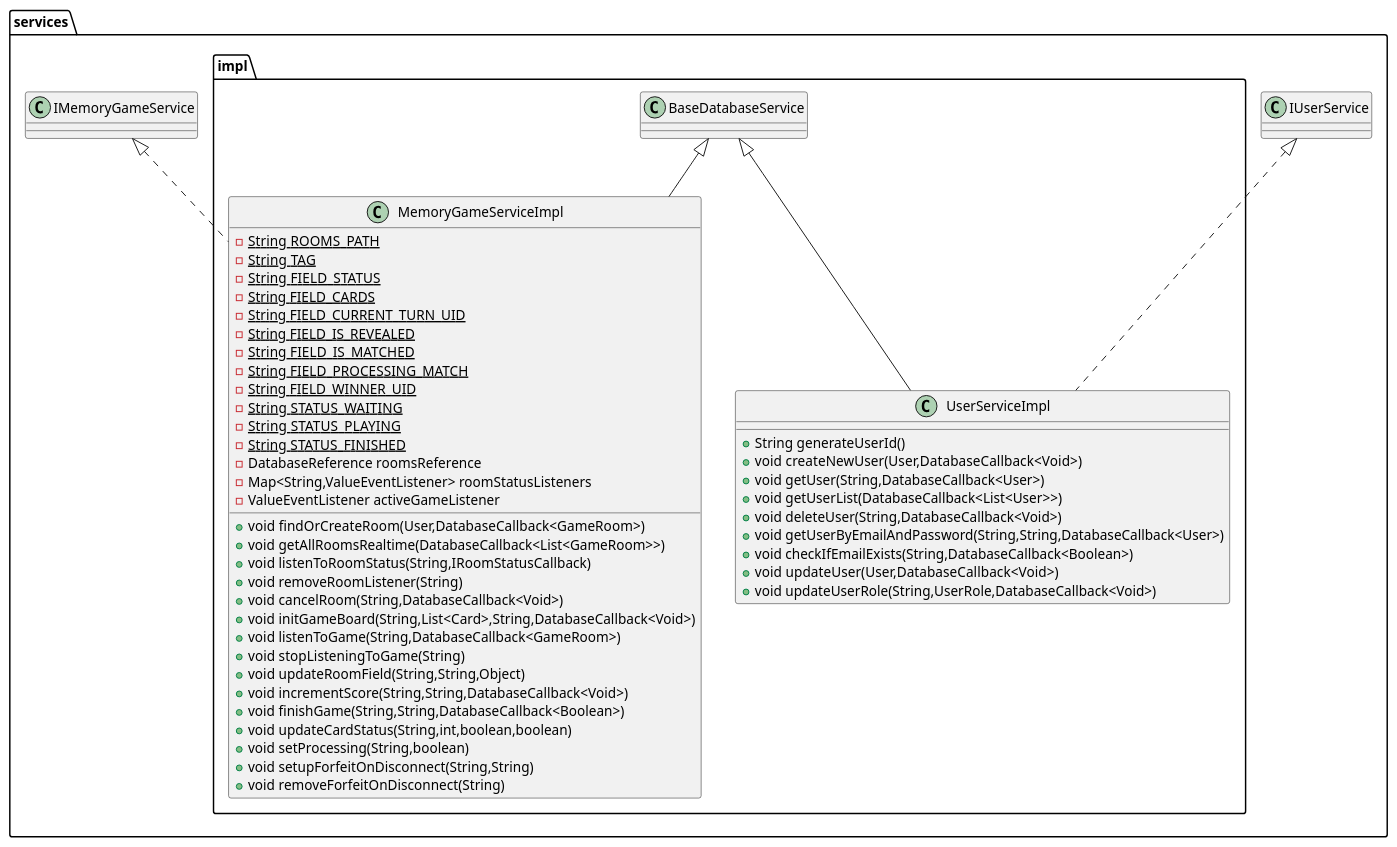
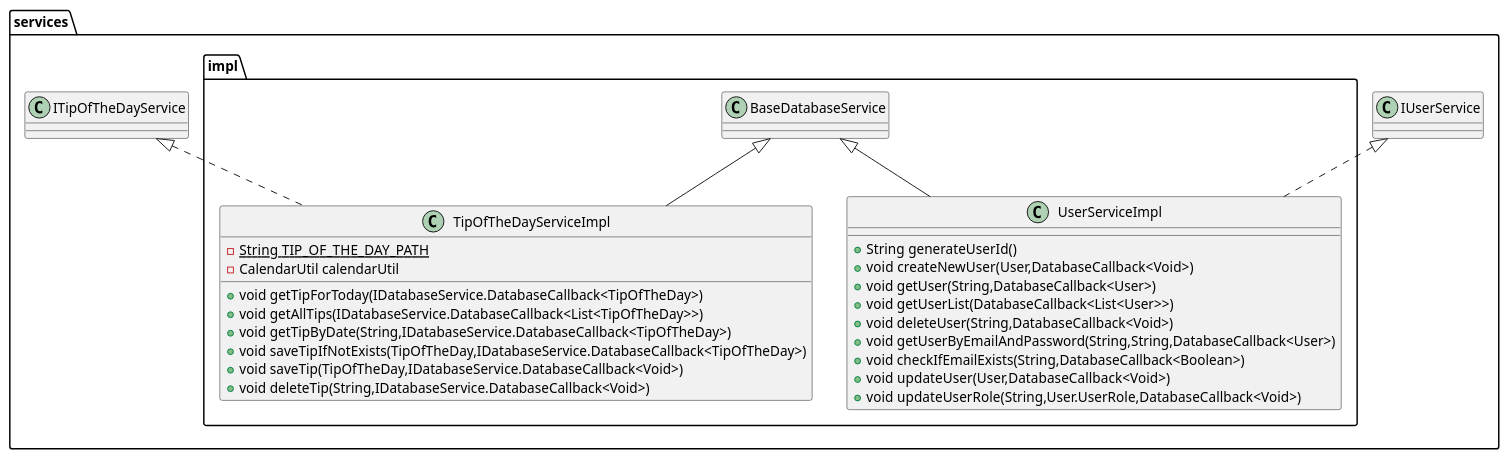
One commit to sagiv23/ShvilHazhav changed the diagram in umls/impl6.puml. Above: the diagram before and after it, drawn with PlantUML. The commit also changed 11 other files, not shown here.

```diff
--- a/umls/impl6.puml
+++ b/umls/impl6.puml
@@ -1,54 +1,32 @@
 @startuml
 class services.impl.UserServiceImpl {
 + String generateUserId()
 + void createNewUser(User,DatabaseCallback<Void>)
 + void getUser(String,DatabaseCallback<User>)
 + void getUserList(DatabaseCallback<List<User>>)
 + void deleteUser(String,DatabaseCallback<Void>)
 + void getUserByEmailAndPassword(String,String,DatabaseCallback<User>)
 + void checkIfEmailExists(String,DatabaseCallback<Boolean>)
 + void updateUser(User,DatabaseCallback<Void>)
-+ void updateUserRole(String,UserRole,DatabaseCallback<Void>)
++ void updateUserRole(String,User.UserRole,DatabaseCallback<Void>)
 }
 
-class services.impl.MemoryGameServiceImpl {
-- {static} String ROOMS_PATH
-- {static} String TAG
-- {static} String FIELD_STATUS
-- {static} String FIELD_CARDS
-- {static} String FIELD_CURRENT_TURN_UID
-- {static} String FIELD_IS_REVEALED
-- {static} String FIELD_IS_MATCHED
-- {static} String FIELD_PROCESSING_MATCH
-- {static} String FIELD_WINNER_UID
-- {static} String STATUS_WAITING
-- {static} String STATUS_PLAYING
-- {static} String STATUS_FINISHED
-- DatabaseReference roomsReference
-- Map<String,ValueEventListener> roomStatusListeners
-- ValueEventListener activeGameListener
-+ void findOrCreateRoom(User,DatabaseCallback<GameRoom>)
-+ void getAllRoomsRealtime(DatabaseCallback<List<GameRoom>>)
-+ void listenToRoomStatus(String,IRoomStatusCallback)
-+ void removeRoomListener(String)
-+ void cancelRoom(String,DatabaseCallback<Void>)
-+ void initGameBoard(String,List<Card>,String,DatabaseCallback<Void>)
-+ void listenToGame(String,DatabaseCallback<GameRoom>)
-+ void stopListeningToGame(String)
-+ void updateRoomField(String,String,Object)
-+ void incrementScore(String,String,DatabaseCallback<Void>)
-+ void finishGame(String,String,DatabaseCallback<Boolean>)
-+ void updateCardStatus(String,int,boolean,boolean)
-+ void setProcessing(String,boolean)
-+ void setupForfeitOnDisconnect(String,String)
-+ void removeForfeitOnDisconnect(String)
+class services.impl.TipOfTheDayServiceImpl {
+- {static} String TIP_OF_THE_DAY_PATH
+- CalendarUtil calendarUtil
++ void getTipForToday(IDatabaseService.DatabaseCallback<TipOfTheDay>)
++ void getAllTips(IDatabaseService.DatabaseCallback<List<TipOfTheDay>>)
++ void getTipByDate(String,IDatabaseService.DatabaseCallback<TipOfTheDay>)
++ void saveTipIfNotExists(TipOfTheDay,IDatabaseService.DatabaseCallback<TipOfTheDay>)
++ void saveTip(TipOfTheDay,IDatabaseService.DatabaseCallback<Void>)
++ void deleteTip(String,IDatabaseService.DatabaseCallback<Void>)
 }
 
 
 
 
 services.IUserService <|.. services.impl.UserServiceImpl
 services.impl.BaseDatabaseService <|-- services.impl.UserServiceImpl
-services.IMemoryGameService <|.. services.impl.MemoryGameServiceImpl
-services.impl.BaseDatabaseService <|-- services.impl.MemoryGameServiceImpl
+services.ITipOfTheDayService <|.. services.impl.TipOfTheDayServiceImpl
+services.impl.BaseDatabaseService <|-- services.impl.TipOfTheDayServiceImpl
 @enduml
```
